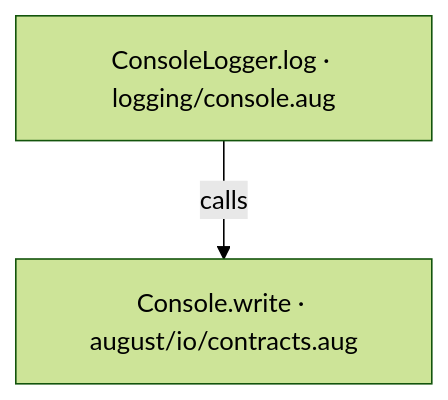
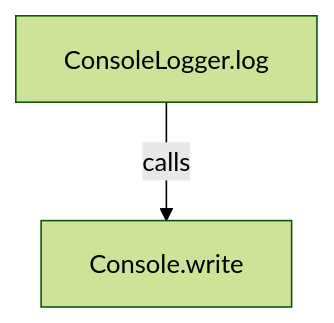
Before and after one commit to GreenPandaStudios/augscript: the second of 3 diagrams in docs/examples/developer-workflow/logging/console-diagrams.md, drawn with Mermaid (forest theme). The commit also changed other lines of this file and 524 other files, not shown here.

Commit message:
Explain checked data flow at folder and service levels

````diff
--- a/docs/examples/developer-workflow/logging/console-diagrams.md
+++ b/docs/examples/developer-workflow/logging/console-diagrams.md
@@ -31,6 +31,6 @@
 ```mermaid
 flowchart TD
-    n0["Console.write · august/io/contracts.aug"]
-    n1["ConsoleLogger.log · logging/console.aug"]
+    n0["Console.write"]
+    n1["ConsoleLogger.log"]
     n1 -->|"calls"| n0
 ```
````
